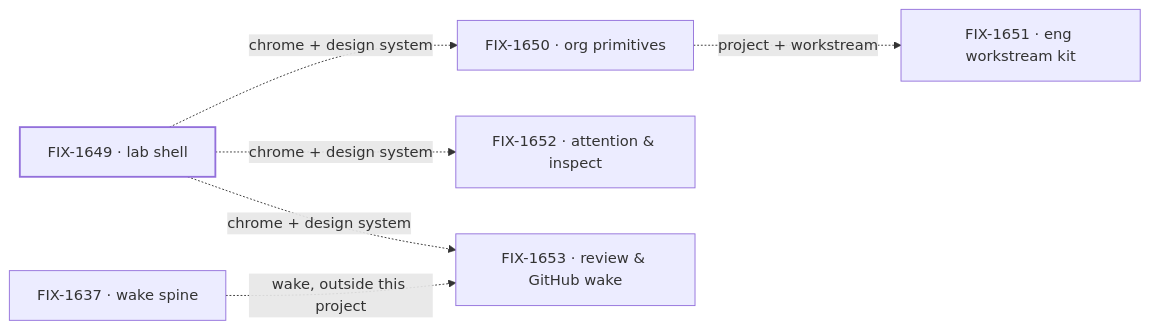
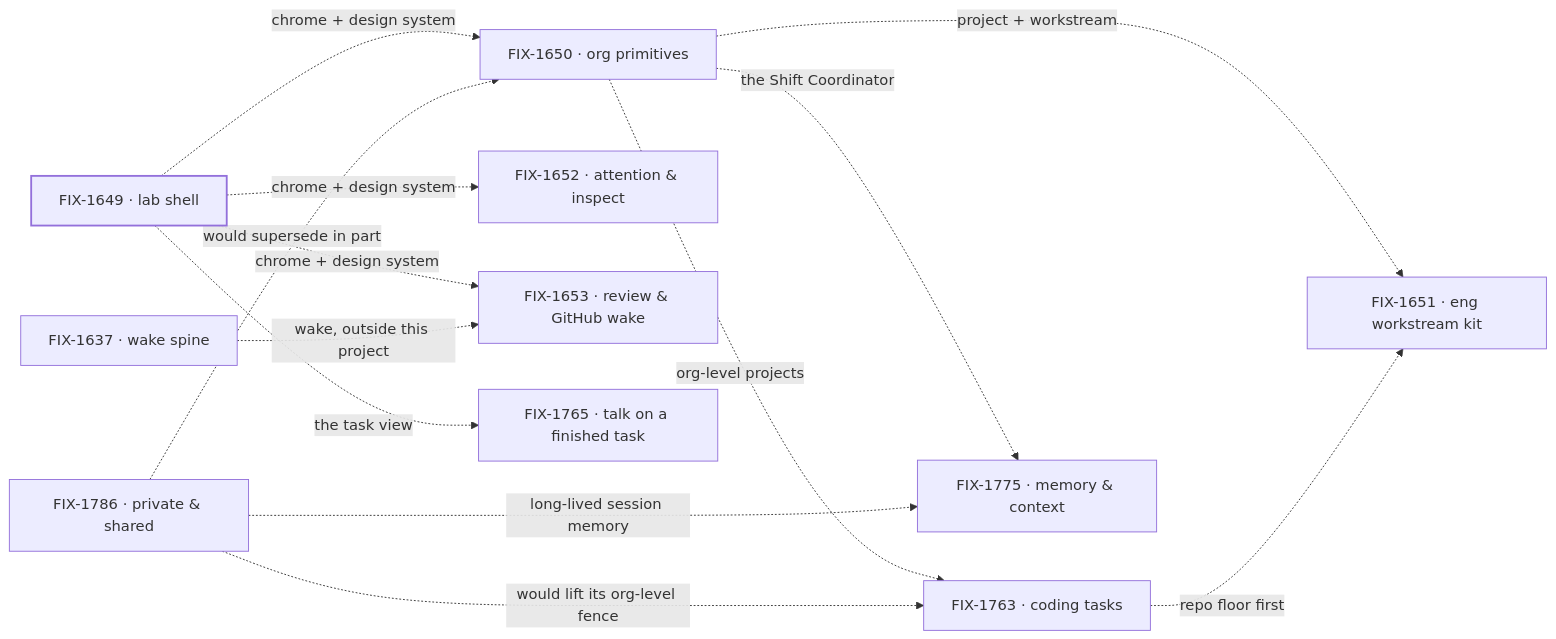
Before and after one commit to fixpoint-labs/flow-state-dev: the diagram in spec/_projects/workforce-app-lab/SPEC.md, drawn with Mermaid. The commit also changed other lines of this file and 4 other files, not shown here.

First line of the commit message:
project(workforce-app-lab): four epics filed; record what FIX-1786 would supersede

````diff
--- a/spec/_projects/workforce-app-lab/SPEC.md
+++ b/spec/_projects/workforce-app-lab/SPEC.md
@@ -39,10 +42,17 @@
 ```mermaid
 flowchart LR
   S["FIX-1649 · lab shell"] -.->|"chrome + design system"| O["FIX-1650 · org primitives"]
   S -.->|"chrome + design system"| A["FIX-1652 · attention & inspect"]
   S -.->|"chrome + design system"| R["FIX-1653 · review & GitHub wake"]
+  W["FIX-1637 · wake spine"] -.->|"wake, outside this project"| R
+  S -.->|"the task view"| T["FIX-1765 · talk on a finished task"]
   O -.->|"project + workstream"| E["FIX-1651 · eng workstream kit"]
-  W["FIX-1637 · wake spine"] -.->|"wake, outside this project"| R
+  O -.->|"org-level projects"| C["FIX-1763 · coding tasks"]
+  O -.->|"the Shift Coordinator"| M["FIX-1775 · memory & context"]
+  C -.->|"repo floor first"| E
+  X["FIX-1786 · private & shared"] -.->|"would supersede in part"| O
+  X -.->|"would lift its org-level fence"| C
+  X -.->|"long-lived session memory"| M
   classDef done stroke-width:2px
   class S done
 ```
````
